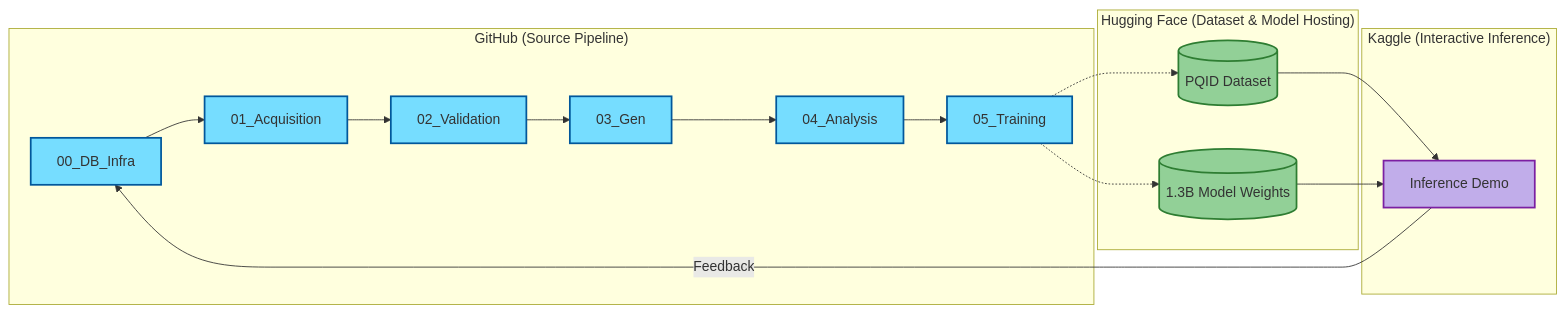
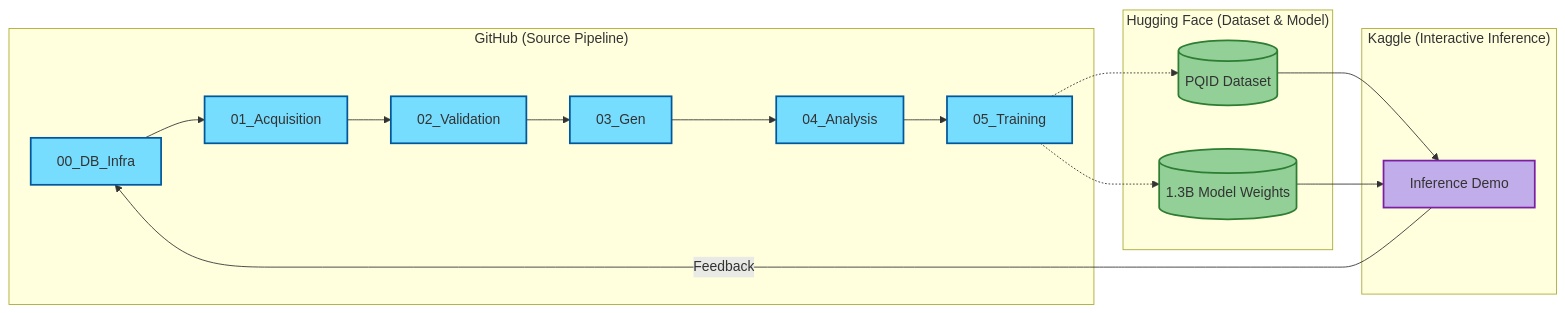
One commit to Elias-Abebe-Gasparini/PQID-Dataset changed the first of 4 diagrams in README.md. Above: the diagram before and after it, drawn with Mermaid.

Commit message:
updated process diagram taggs

````diff
--- a/README.md
+++ b/README.md
@@ -37,36 +37,36 @@
 ```mermaid
 graph LR
     %% Class Definitions
     classDef github fill:#76ddff,stroke:#01579b,stroke-width:2px;
     classDef hf fill:#92d097,stroke:#2e7d32,stroke-width:2px;
     classDef kaggle fill:#c1adea,stroke:#7b1fa2,stroke-width:2px;
 
     subgraph "GitHub (Source Pipeline)"
         A[00_DB_Infra] --> B[01_Acquisition]
         B --> C[02_Validation]
         C --> D[03_Gen]
         D --> E[04_Analysis]
         E --> F[05_Training]
     end
 
-    subgraph "Hugging Face (Dataset & Model Hosting)"
+    subgraph "Hugging Face (Dataset & Model)"
         G[(PQID Dataset)]
         H[(1.3B Model Weights)]
     end
 
     subgraph "Kaggle (Interactive Inference)"
         I[Inference Demo]
     end
 
     %% Applying Classes
     class A,B,C,D,E,F github;
     class G,H hf;
     class I kaggle;
 
     %% Connections
     F -.-> G
     F -.-> H
     G --> I
     H --> I
     I -- Feedback --> A
 ```
````
